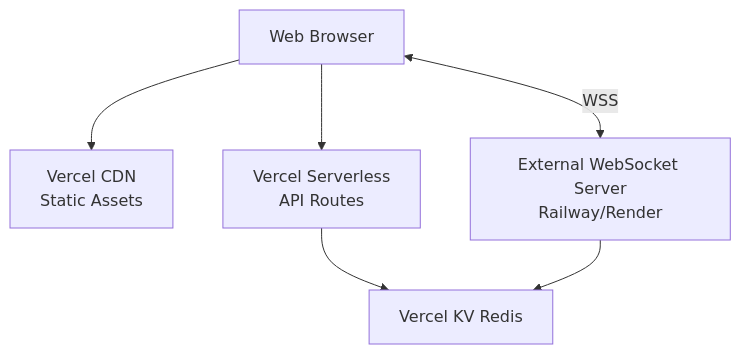
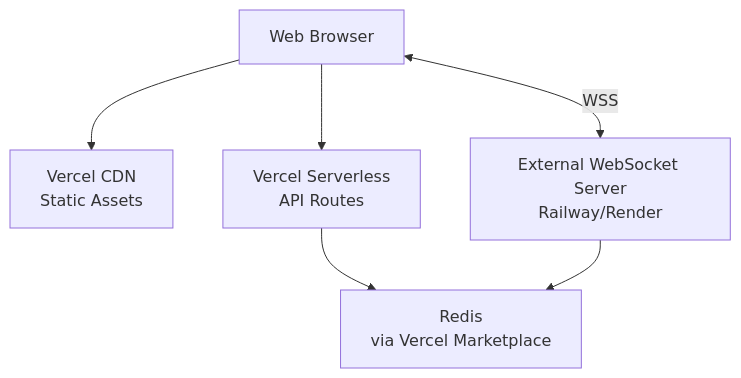
One commit to mcclowes/knights-and-crosses changed the seventh of 8 diagrams in ARCHITECTURE.md. Above: the diagram before and after it, drawn with Mermaid. The commit also changed other lines of this file and 6 other files, not shown here.

First line of the commit message:
Align docs with current Redis integration, drop stale @vercel/kv

````diff
--- a/ARCHITECTURE.md
+++ b/ARCHITECTURE.md
@@ -693,14 +701,14 @@
 ```mermaid
 graph TB
     Client[Web Browser]
     VercelCDN[Vercel CDN<br/>Static Assets]
     VercelFunc[Vercel Serverless<br/>API Routes]
     External[External WebSocket Server<br/>Railway/Render]
-    Redis[Vercel KV Redis]
+    Redis[Redis<br/>via Vercel Marketplace]
 
     Client --> VercelCDN
     Client --> VercelFunc
     Client <-->|WSS| External
     VercelFunc --> Redis
     External --> Redis
 ```
````
